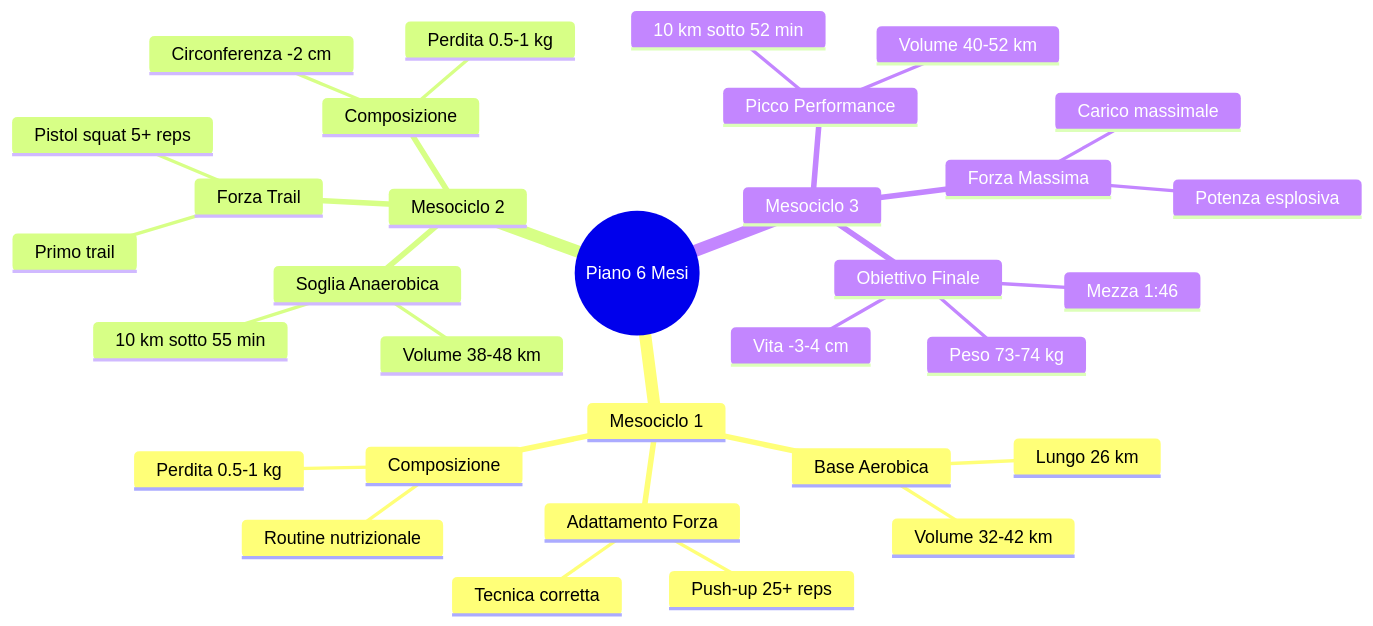
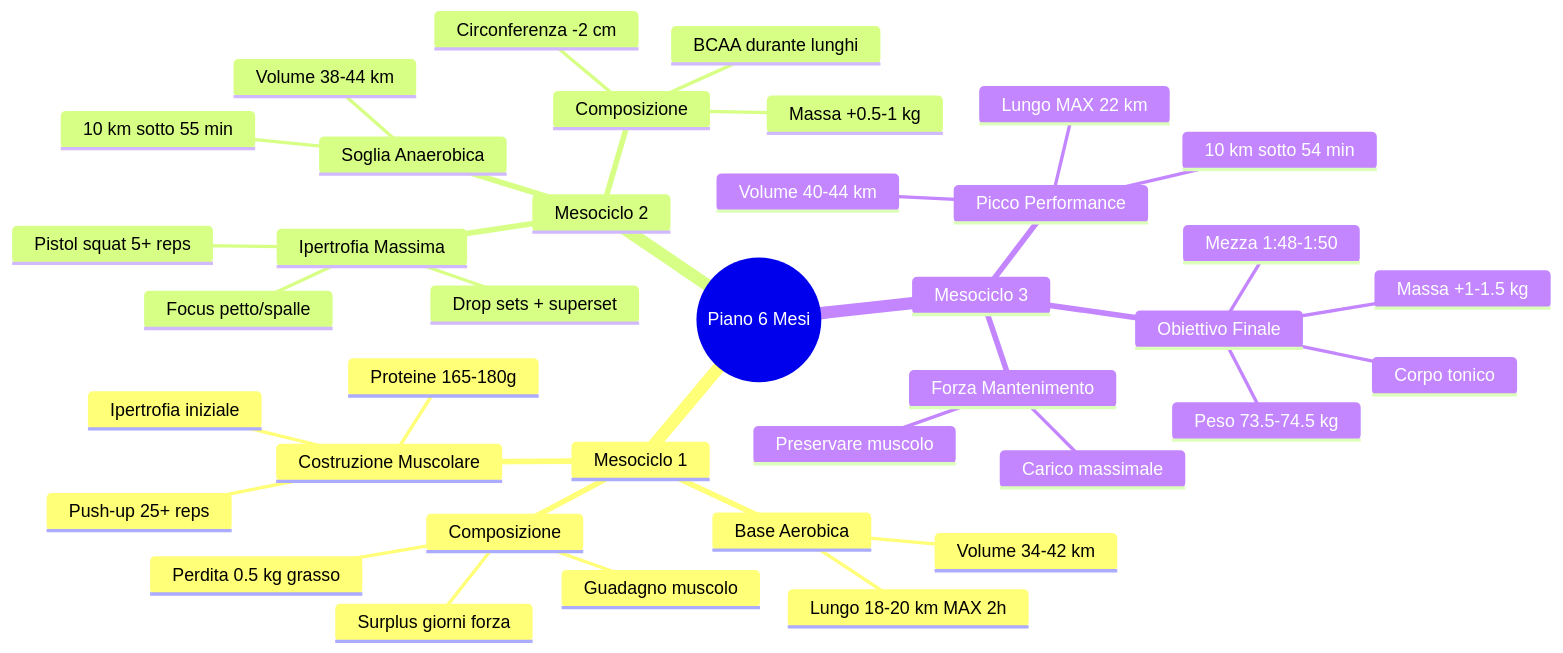
One commit to negativebrain/PianoAllenamento changed the sixth of 11 diagrams in Diagramma_Periodizzazione.md. Above: the diagram before and after it, drawn with Mermaid. The commit also changed other lines of this file and 3 other files, not shown here.

````diff
--- a/Diagramma_Periodizzazione.md
+++ b/Diagramma_Periodizzazione.md
@@ -139,35 +140,41 @@
 ```mermaid
 mindmap
   root((Piano 6 Mesi))
     Mesociclo 1
       Base Aerobica
-        Lungo 26 km
-        Volume 32-42 km
-      Adattamento Forza
+        Lungo 18-20 km MAX 2h
+        Volume 34-42 km
+      Costruzione Muscolare
         Push-up 25+ reps
-        Tecnica corretta
+        Ipertrofia iniziale
+        Proteine 165-180g
       Composizione
-        Perdita 0.5-1 kg
-        Routine nutrizionale
+        Perdita 0.5 kg grasso
+        Guadagno muscolo
+        Surplus giorni forza
     Mesociclo 2
       Soglia Anaerobica
         10 km sotto 55 min
-        Volume 38-48 km
-      Forza Trail
+        Volume 38-44 km
+      Ipertrofia Massima
         Pistol squat 5+ reps
-        Primo trail
+        Drop sets + superset
+        Focus petto/spalle
       Composizione
         Circonferenza -2 cm
-        Perdita 0.5-1 kg
+        Massa +0.5-1 kg
+        BCAA durante lunghi
     Mesociclo 3
       Picco Performance
-        10 km sotto 52 min
-        Volume 40-52 km
-      Forza Massima
+        10 km sotto 54 min
+        Volume 40-44 km
+        Lungo MAX 22 km
+      Forza Mantenimento
         Carico massimale
-        Potenza esplosiva
+        Preservare muscolo
       Obiettivo Finale
-        Mezza 1:46
-        Peso 73-74 kg
-        Vita -3-4 cm
+        Mezza 1:48-1:50
+        Peso 73.5-74.5 kg
+        Massa +1-1.5 kg
+        Corpo tonico
 ```
````
